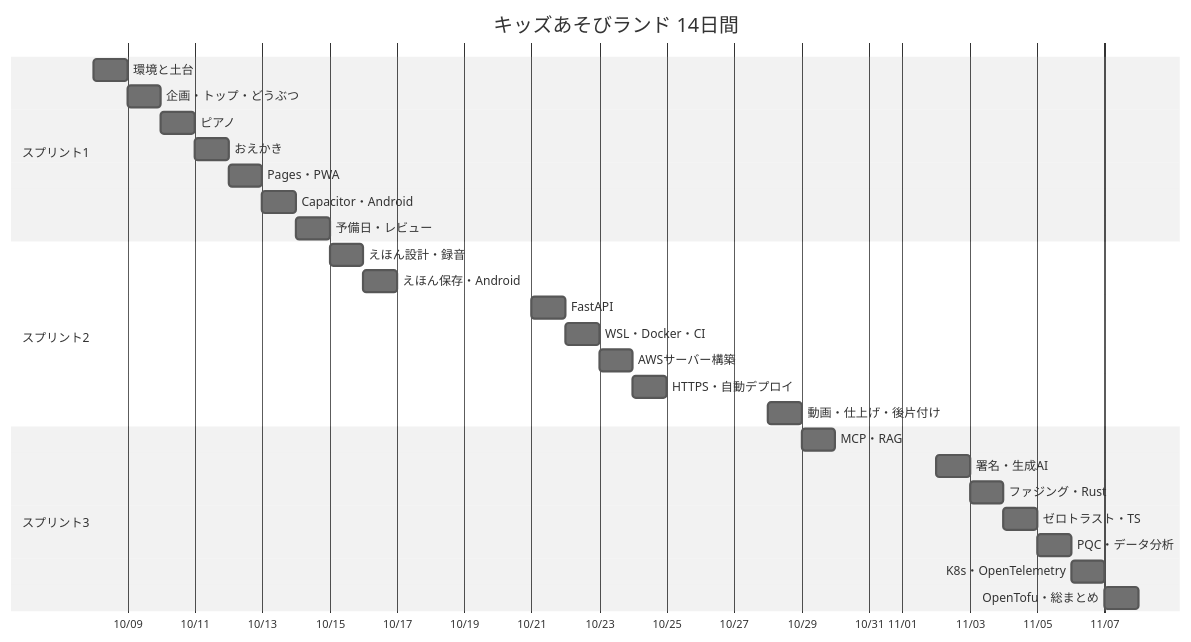
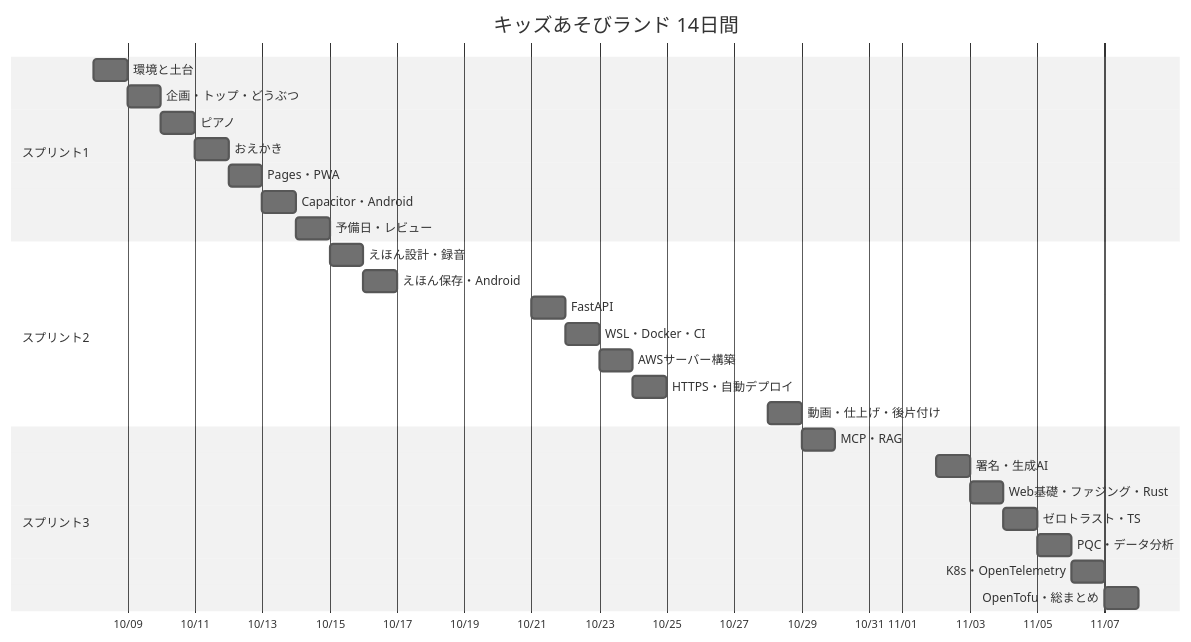
Before and after one commit to Hayato-F110/kids-play: the diagram in docs/plan.md, drawn with Mermaid (neutral theme). The commit also changed other lines of this file, not shown here.

Commit message:
KIDS-55 docs: 17日目に Web とサーバーの基礎を足す
組み込みの経験が長く Web とサーバーを重点的に学びたいので、18日目以降の土台を先に学ぶ。ファジングと Rust は発展に移さず同じ日に行う（学習者が決定）。

````diff
--- a/docs/plan.md
+++ b/docs/plan.md
@@ -21,30 +21,30 @@
 ```mermaid
 gantt
     title キッズあそびランド 14日間
     dateFormat YYYY-MM-DD
     axisFormat %m/%d
     section スプリント1
     環境と土台            :d1, 2026-10-08, 1d
     企画・トップ・どうぶつ  :d2, after d1, 1d
     ピアノ                :d3, after d2, 1d
     おえかき              :d4, after d3, 1d
     Pages・PWA            :d5, after d4, 1d
     Capacitor・Android    :d6, after d5, 1d
     予備日・レビュー       :d7, after d6, 1d
     section スプリント2
     えほん設計・録音       :d8, after d7, 1d
     えほん保存・Android    :d9, after d8, 1d
     FastAPI               :d10, 2026-10-21, 1d
     WSL・Docker・CI       :d11, after d10, 1d
     AWSサーバー構築        :d12, after d11, 1d
     HTTPS・自動デプロイ    :d13, after d12, 1d
     動画・仕上げ・後片付け  :d14, 2026-10-28, 1d
     section スプリント3
     MCP・RAG             :d15, after d14, 1d
     署名・生成AI          :d16, 2026-11-02, 1d
-    ファジング・Rust       :d17, after d16, 1d
+    Web基礎・ファジング・Rust :d17, after d16, 1d
     ゼロトラスト・TS      :d18, after d17, 1d
     PQC・データ分析       :d19, after d18, 1d
     K8s・OpenTelemetry    :d20, after d19, 1d
     OpenTofu・総まとめ    :d21, after d20, 1d
 ```
````
